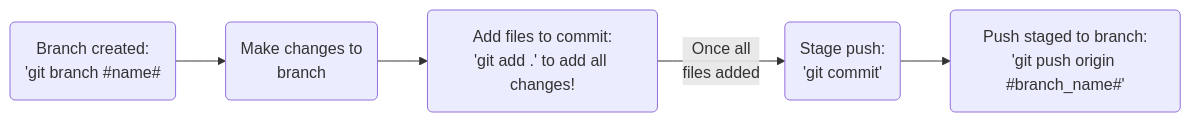
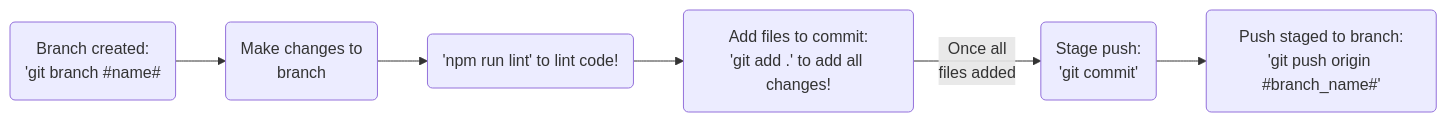
The diagram in README.md (roronoaBoi/sharingan), drawn with Mermaid before and after one commit.

````diff
--- a/README.md
+++ b/README.md
@@ -36,14 +36,15 @@
 ```mermaid
 graph LR
 A(Branch created:
 'git branch #name#)-->
 B(Make changes to
 branch)-->
+BA('npm run lint' to lint code!)-->
 C(Add files to commit:
 'git add .' to add all changes!)-- Once all
 files added -->
 D(Stage push:
 'git commit')-->
 E(Push staged to branch:
 'git push origin #branch_name#');
 ```
````
